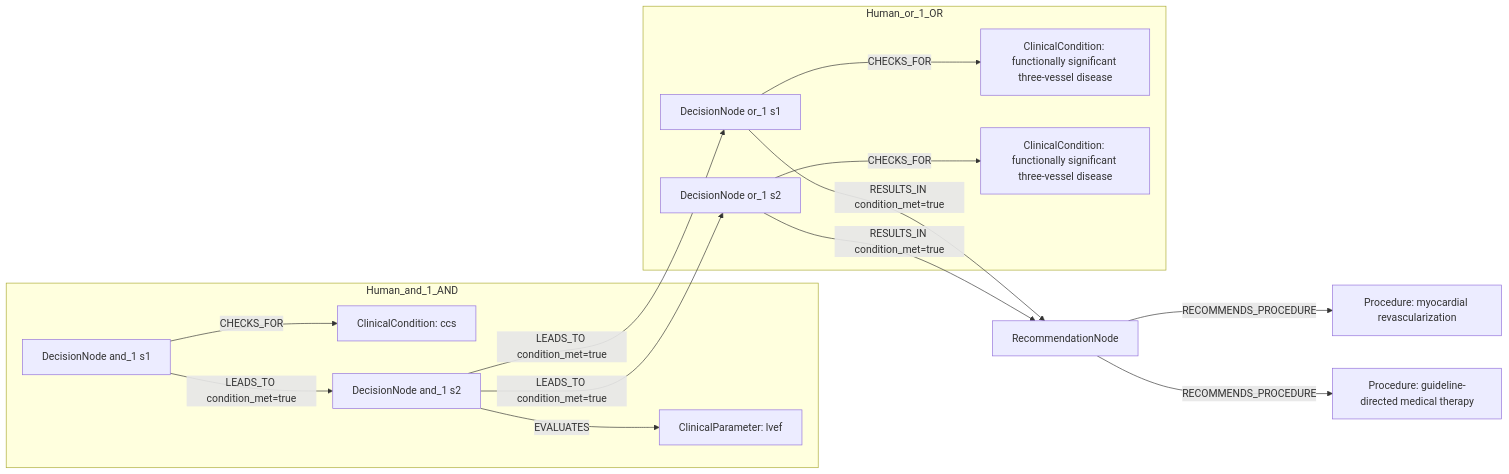
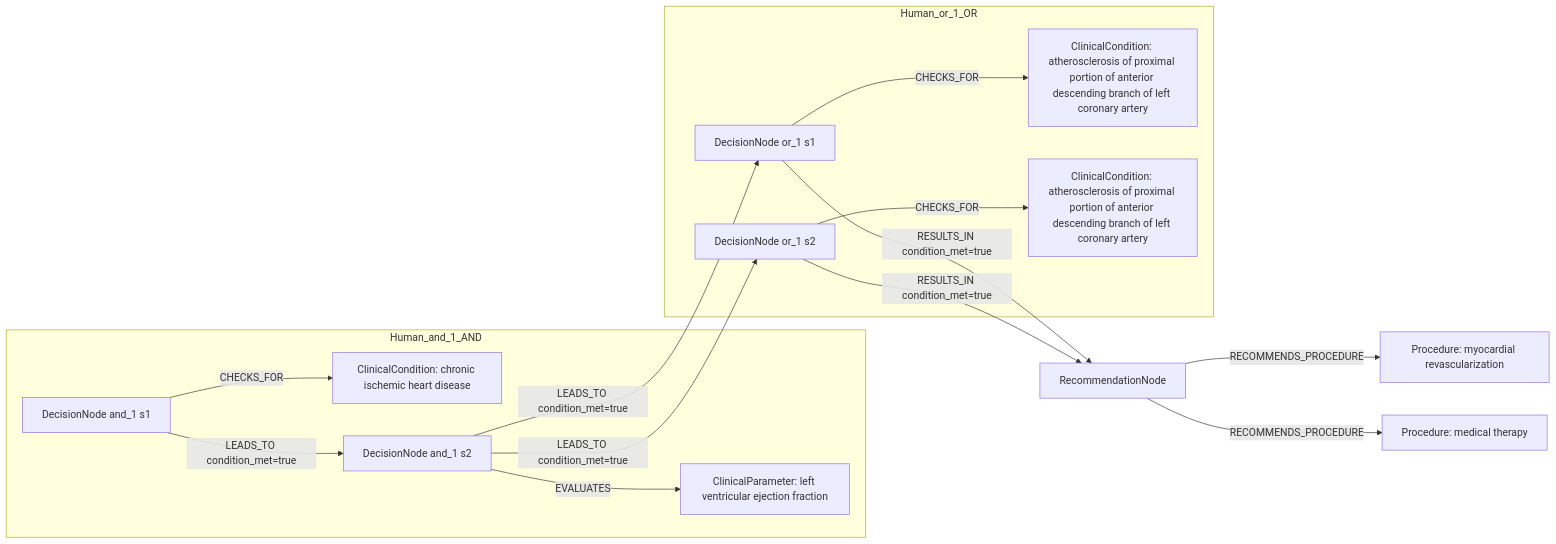
One commit to dieterich-lab/CardioGuidelinesGraph changed the first of 2 diagrams in docs/table22_rows_comparison/row_08.md. Above: the diagram before and after it, drawn with Mermaid. The commit also changed other lines of this file and 27 other files, not shown here.

````diff
--- a/docs/table22_rows_comparison/row_08.md
+++ b/docs/table22_rows_comparison/row_08.md
@@ -316,29 +130,29 @@
 ```mermaid
 graph LR
   REC[RecommendationNode]
   ACT1[Procedure: myocardial revascularization]
   REC -->|RECOMMENDS_PROCEDURE| ACT1
-  ACT2[Procedure: guideline-directed medical therapy]
+  ACT2[Procedure: medical therapy]
   REC -->|RECOMMENDS_PROCEDURE| ACT2
   subgraph Human_and_1_AND
     D_and_1_1[DecisionNode and_1 s1]
-    C_and_1_1[ClinicalCondition: ccs]
+    C_and_1_1[ClinicalCondition: chronic ischemic heart disease]
     D_and_1_1 -->|CHECKS_FOR| C_and_1_1
     D_and_1_2[DecisionNode and_1 s2]
-    C_and_1_2[ClinicalParameter: lvef]
+    C_and_1_2[ClinicalParameter: left ventricular ejection fraction]
     D_and_1_2 -->|EVALUATES| C_and_1_2
     D_and_1_1 -->|LEADS_TO condition_met=true| D_and_1_2
   end
   subgraph Human_or_1_OR
     D_or_1_1[DecisionNode or_1 s1]
-    C_or_1_1[ClinicalCondition: functionally significant three-vessel disease]
+    C_or_1_1[ClinicalCondition: atherosclerosis of proximal portion of anterior descending branch of left coronary artery]
     D_or_1_1 -->|CHECKS_FOR| C_or_1_1
     D_or_1_2[DecisionNode or_1 s2]
-    C_or_1_2[ClinicalCondition: functionally significant three-vessel disease]
+    C_or_1_2[ClinicalCondition: atherosclerosis of proximal portion of anterior descending branch of left coronary artery]
     D_or_1_2 -->|CHECKS_FOR| C_or_1_2
     D_and_1_2 -->|LEADS_TO condition_met=true| D_or_1_1
     D_and_1_2 -->|LEADS_TO condition_met=true| D_or_1_2
   end
   D_or_1_1 -->|RESULTS_IN condition_met=true| REC
   D_or_1_2 -->|RESULTS_IN condition_met=true| REC
 ```
````
